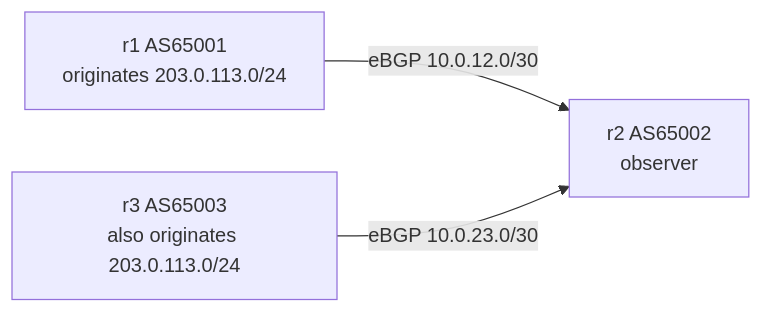
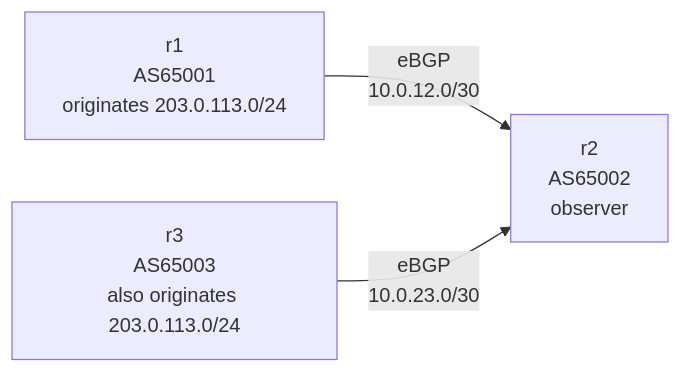
The first of 2 diagrams in articles/protocol-lab-bgp-03.md (nkchan/zenn-articles), drawn with Mermaid before and after one commit. The commit also changed other lines of this file and 1 other file, not shown here.

Commit message:
articles: add draft protocol-lab-bgp-03 (bgp-03-competing-origins.md)

````diff
--- a/articles/protocol-lab-bgp-03.md
+++ b/articles/protocol-lab-bgp-03.md
@@ -63,8 +92,9 @@
 ```mermaid
 flowchart LR
-  r1["r1 AS65001<br/>originates 203.0.113.0/24"]
-  r2["r2 AS65002<br/>observer"]
-  r3["r3 AS65003<br/>also originates 203.0.113.0/24"]
-  r1 -- "eBGP 10.0.12.0/30" --> r2
-  r3 -- "eBGP 10.0.23.0/30" --> r2
+  r1["r1<br/>AS65001<br/>originates 203.0.113.0/24"]
+  r2["r2<br/>AS65002<br/>observer"]
+  r3["r3<br/>AS65003<br/>also originates 203.0.113.0/24"]
+
+  r1 -- "eBGP<br/>10.0.12.0/30" --> r2
+  r3 -- "eBGP<br/>10.0.23.0/30" --> r2
 ```
````
